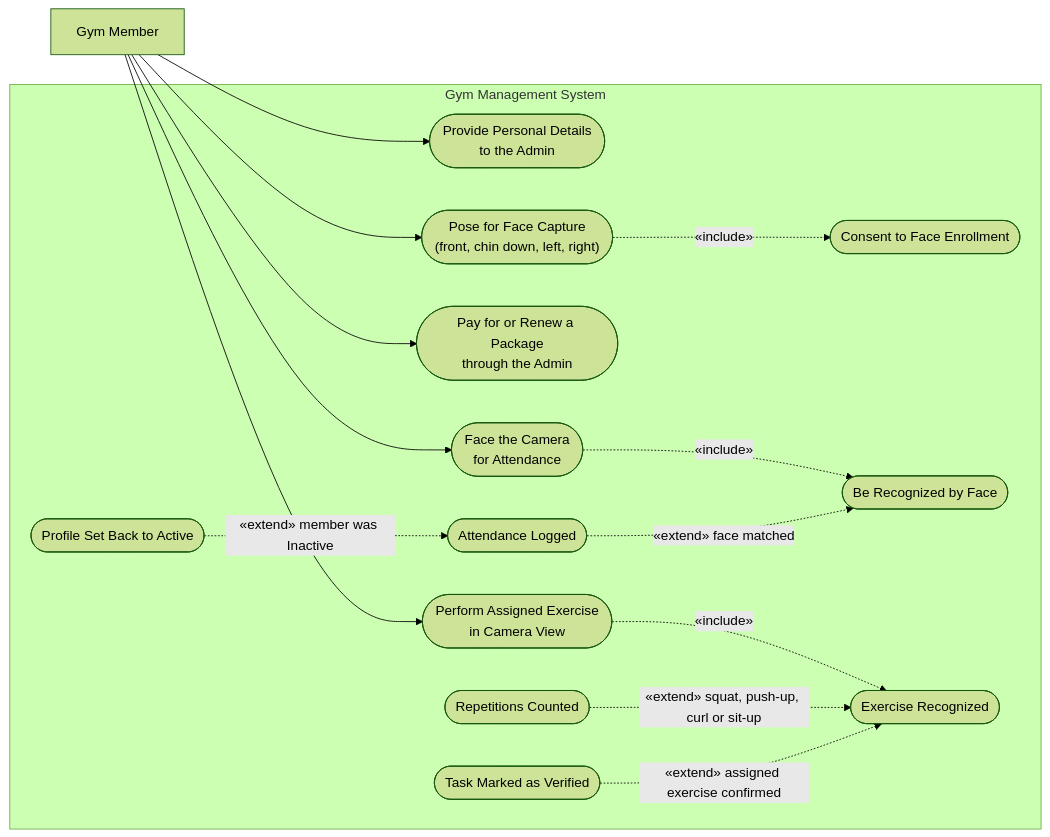
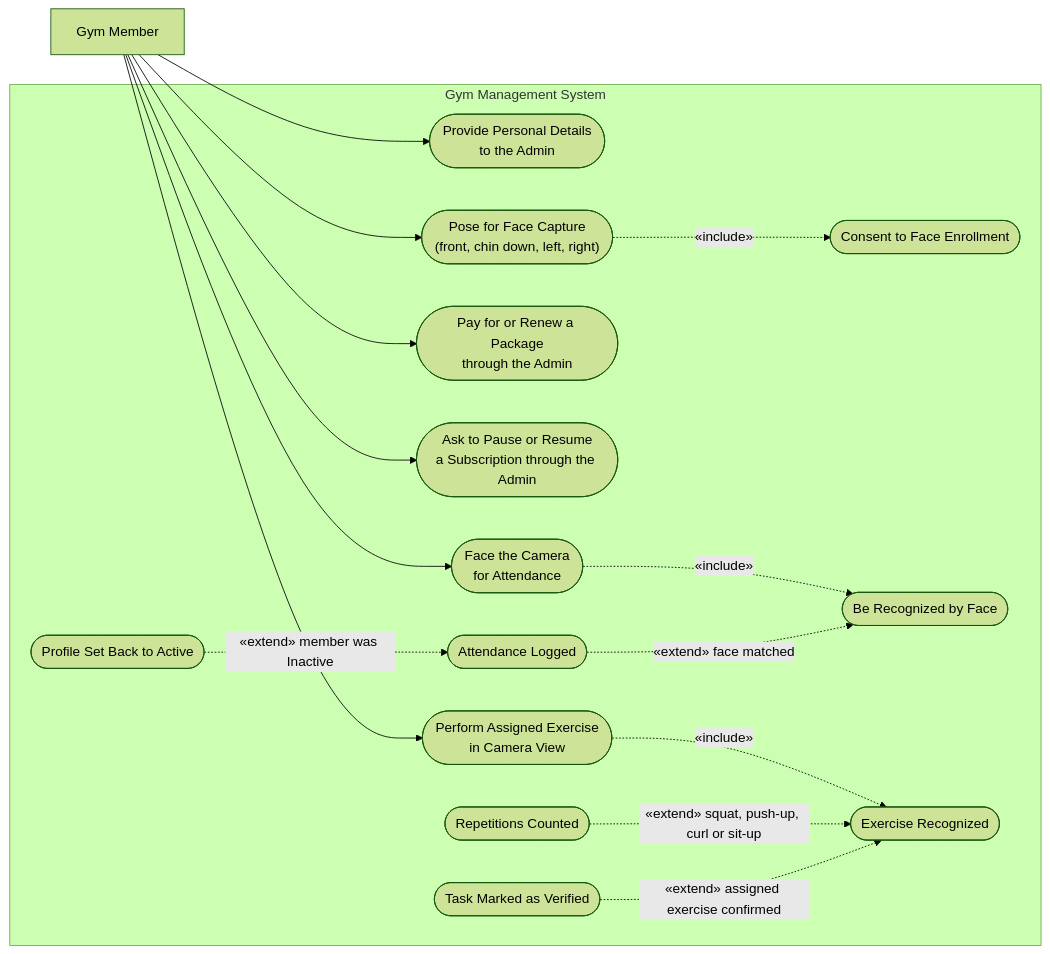
Before and after one commit to Plonteras191/GYM2-CAPSTONE: the third of 3 diagrams in Correct_Diagrams/4_Use_Case_Diagram.md, drawn with Mermaid (forest theme). The commit also changed other lines of this file and 26 other files, not shown here.

First line of the commit message:
docs: align all documents with pause/resume, the Attendance page and no Annual

````diff
--- a/Correct_Diagrams/4_Use_Case_Diagram.md
+++ b/Correct_Diagrams/4_Use_Case_Diagram.md
@@ -150,35 +159,37 @@
 ```mermaid
 flowchart LR
     Member["Gym Member"]
 
     subgraph Boundary ["Gym Management System"]
         Info(["Provide Personal Details<br/>to the Admin"])
         Consent(["Consent to Face Enrollment"])
         FacePose(["Pose for Face Capture<br/>(front, chin down, left, right)"])
         Pay(["Pay for or Renew a Package<br/>through the Admin"])
+        PauseReq(["Ask to Pause or Resume<br/>a Subscription through the Admin"])
 
         Scan(["Face the Camera<br/>for Attendance"])
         Recog(["Be Recognized by Face"])
         Logged(["Attendance Logged"])
         Reactivated(["Profile Set Back to Active"])
 
         Exercise(["Perform Assigned Exercise<br/>in Camera View"])
         ExRecog(["Exercise Recognized"])
         Counted(["Repetitions Counted"])
         Verified(["Task Marked as Verified"])
 
         FacePose -.->|"«include»"| Consent
         Scan -.->|"«include»"| Recog
         Logged -.->|"«extend» face matched"| Recog
         Reactivated -.->|"«extend» member was Inactive"| Logged
         Exercise -.->|"«include»"| ExRecog
         Counted -.->|"«extend» squat, push-up, curl or sit-up"| ExRecog
         Verified -.->|"«extend» assigned exercise confirmed"| ExRecog
     end
 
     Member --> Info
     Member --> FacePose
     Member --> Pay
+    Member --> PauseReq
     Member --> Scan
     Member --> Exercise
 ```
````
